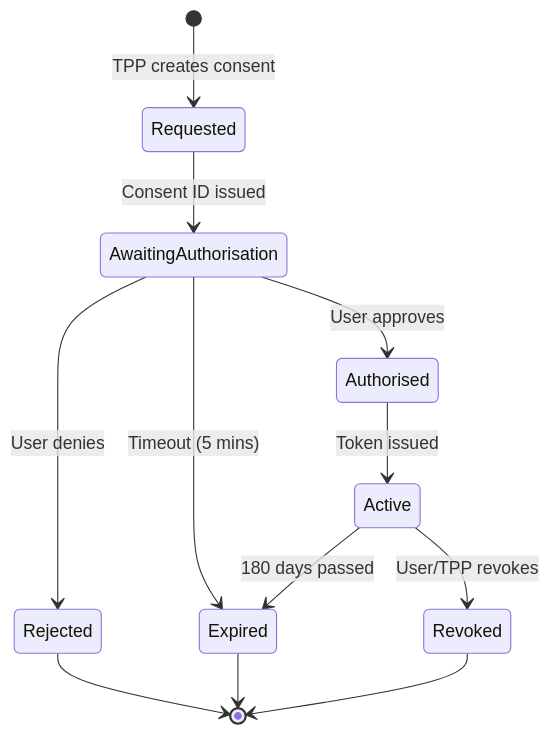
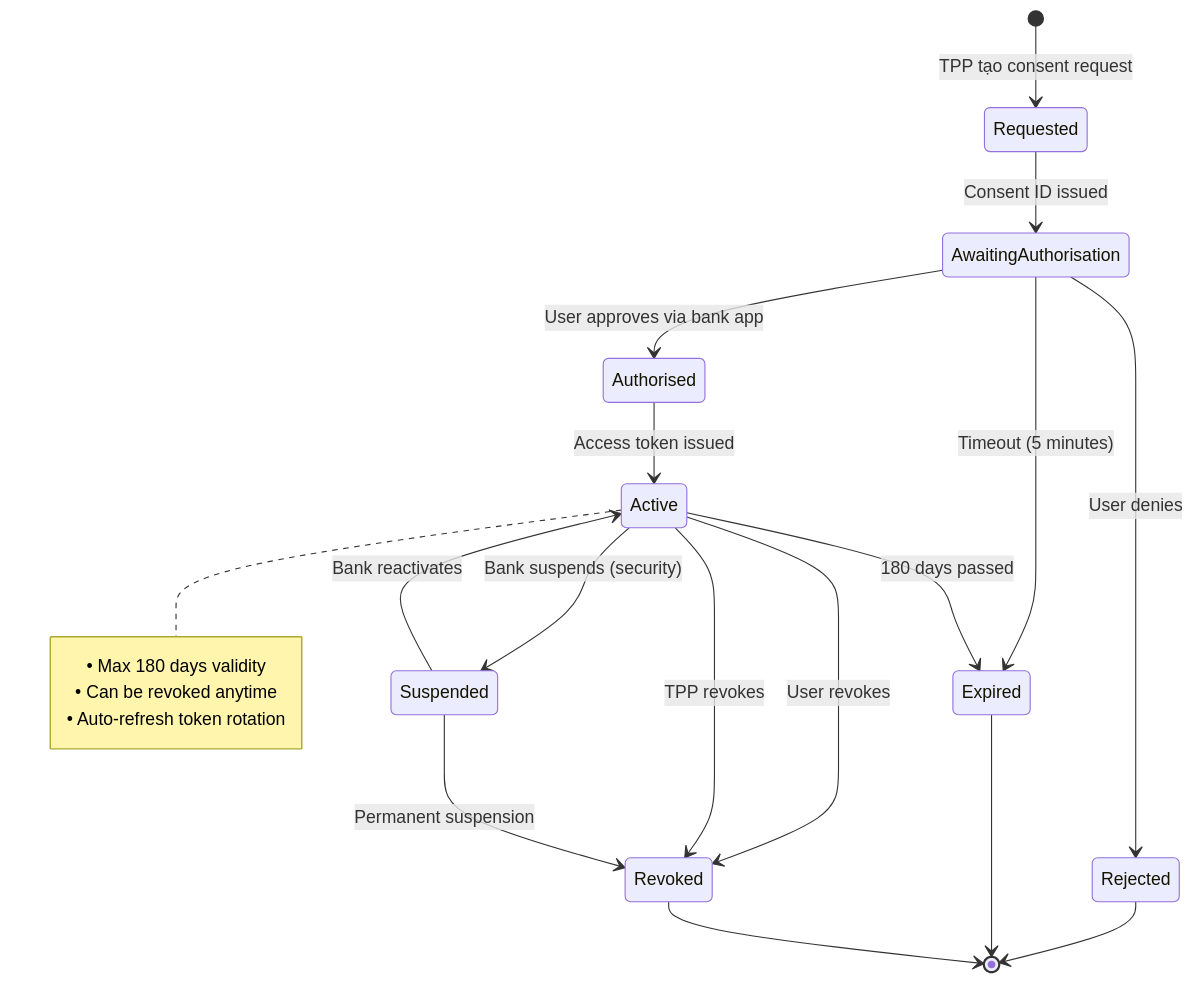
Before and after one commit to huuhoait/openbanking-vn-specs: the seventh of 11 diagrams in 04-Dich-vu-Tai-khoan-AIS.md, drawn with Mermaid. The commit also changed other lines of this file and 14 other files, not shown here.

````diff
--- a/04-Dich-vu-Tai-khoan-AIS.md
+++ b/04-Dich-vu-Tai-khoan-AIS.md
@@ -362,17 +787,30 @@
 ```mermaid
 stateDiagram-v2
-    [*] --> Requested: TPP creates consent
+    [*] --> Requested: TPP tạo consent request
+    
     Requested --> AwaitingAuthorisation: Consent ID issued
     
-    AwaitingAuthorisation --> Authorised: User approves
+    AwaitingAuthorisation --> Authorised: User approves via bank app
     AwaitingAuthorisation --> Rejected: User denies
-    AwaitingAuthorisation --> Expired: Timeout (5 mins)
+    AwaitingAuthorisation --> Expired: Timeout (5 minutes)
     
-    Authorised --> Active: Token issued
+    Authorised --> Active: Access token issued
+    
     Active --> Expired: 180 days passed
-    Active --> Revoked: User/TPP revokes
+    Active --> Revoked: User revokes
+    Active --> Revoked: TPP revokes
+    Active --> Suspended: Bank suspends (security)
+    
+    Suspended --> Active: Bank reactivates
+    Suspended --> Revoked: Permanent suspension
     
     Rejected --> [*]
     Expired --> [*]
     Revoked --> [*]
+    
+    note right of Active
+        • Max 180 days validity
+        • Can be revoked anytime
+        • Auto-refresh token rotation
+    end note
 ```
````
